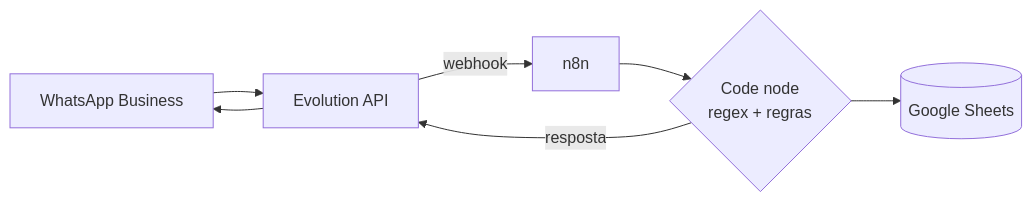
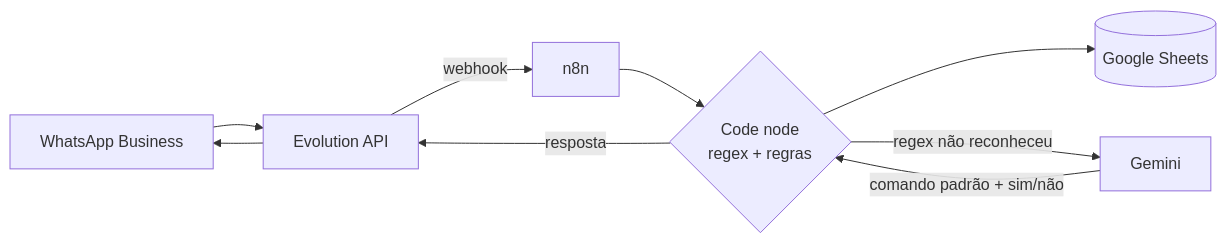
One commit to danyllo153/labflow-whatsapp-automation changed the diagram in README.md. Above: the diagram before and after it, drawn with Mermaid. The commit also changed other lines of this file and 3 other files, not shown here.

````diff
--- a/README.md
+++ b/README.md
@@ -53,9 +65,11 @@
 ```mermaid
 flowchart LR
     A[WhatsApp Business] --> B[Evolution API]
     B -- webhook --> C[n8n]
     C --> D{Code node<br/>regex + regras}
     D --> E[(Google Sheets)]
+    D -- "regex não reconheceu" --> F[Gemini]
+    F -- "comando padrão + sim/não" --> D
     D -- resposta --> B
     B --> A
 ```
````
